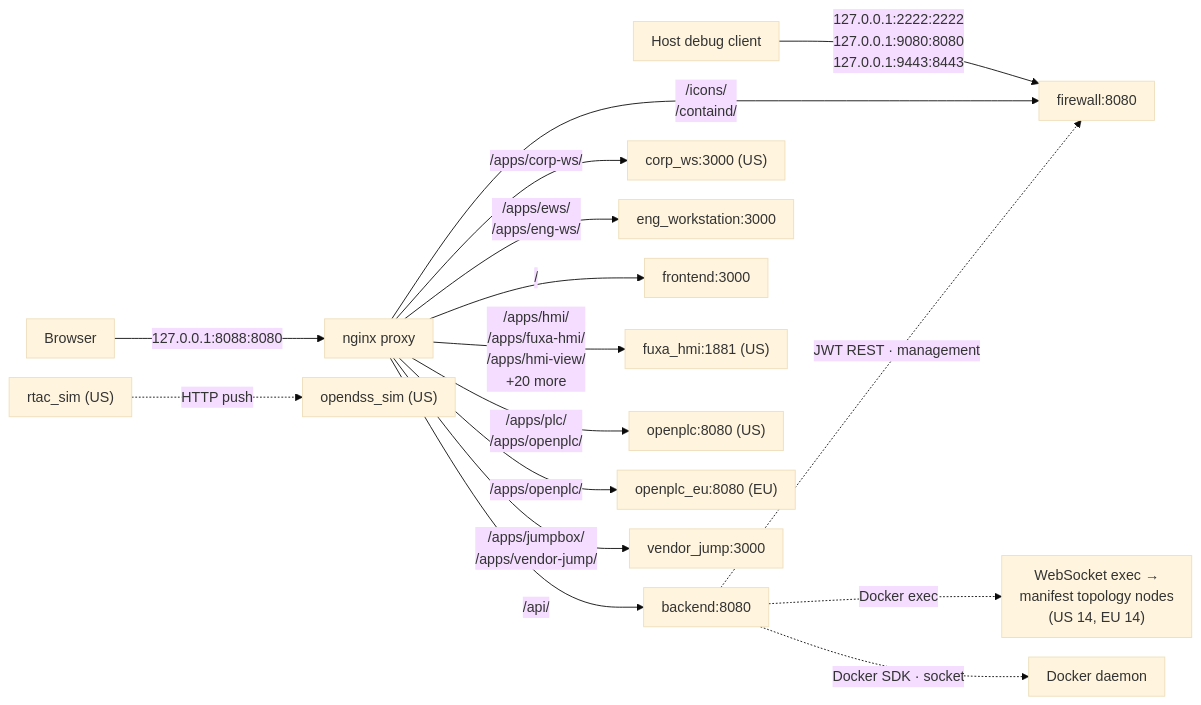
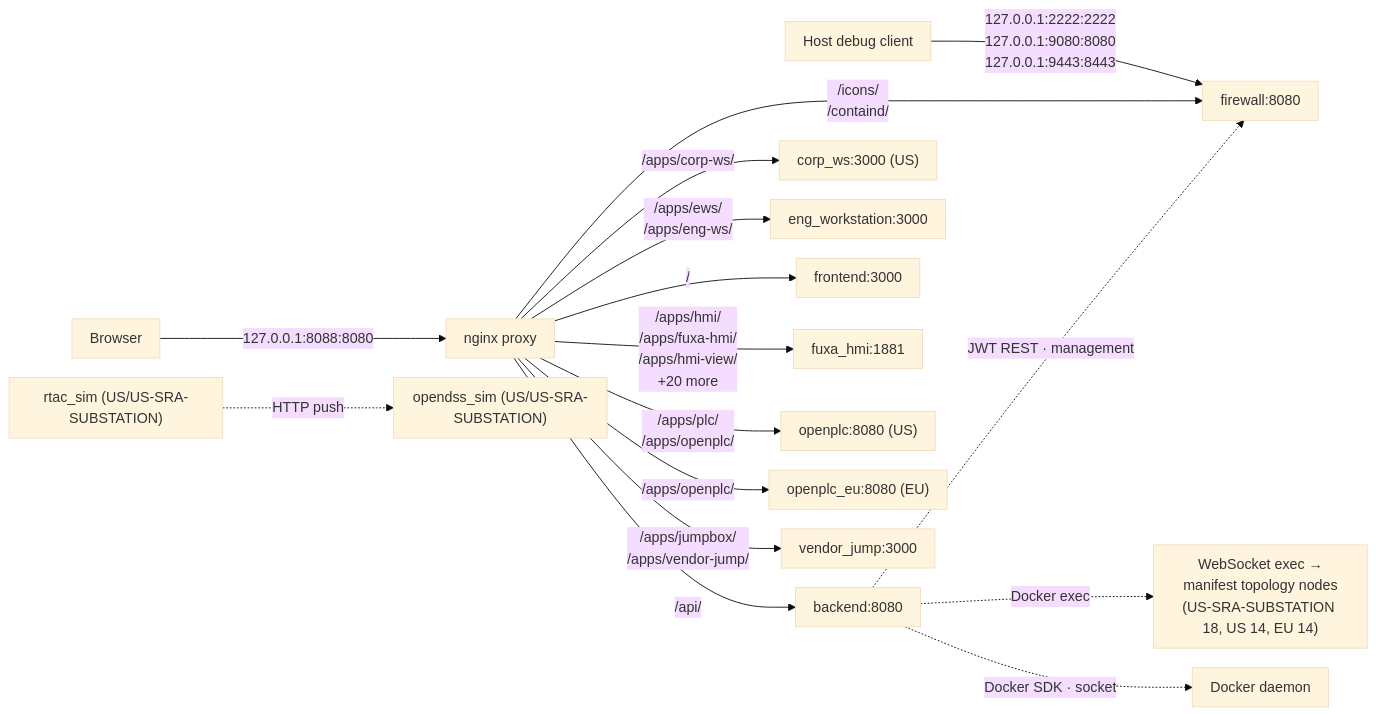
Before and after one commit to tonylturner/rangerdanger: the fifth of 5 diagrams in docs/architecture-diagram.md, drawn with Mermaid (base theme). The commit also changed 1 other file, not shown here.

Commit message:
chore(sra): run the shipped-package recipe test unconditionally; regenerate architecture

````diff
--- a/docs/architecture-diagram.md
+++ b/docs/architecture-diagram.md
@@ -447,39 +447,39 @@
 ```mermaid
 %%{init: {"flowchart": {"nodeSpacing": 22, "rankSpacing": 45, "padding": 10}}}%%
 flowchart LR
     n_request_browser_d6e04625c6["Browser"]
     n_request_proxy_d5396709ea["nginx proxy"]
     n_request_dockerd_cf96c2c4a4["Docker daemon"]
     n_request_debug_b17dc22a94["Host debug client"]
-    n_request_terminals_7613155371["WebSocket exec →<br/>manifest topology nodes<br/>(US 14, EU 14)"]
+    n_request_terminals_7613155371["WebSocket exec →<br/>manifest topology nodes<br/>(US-SRA-SUBSTATION 18, US 14, EU 14)"]
     n_request_browser_d6e04625c6 -->|"127.0.0.1:8088:8080"| n_request_proxy_d5396709ea
     n_request_debug_b17dc22a94 -->|"127.0.0.1:2222:2222<br/>127.0.0.1:9080:8080<br/>127.0.0.1:9443:8443"| n_request_firewall_22a261f7f5
     n_request_backend_876df1baf6["backend:8080"]
     n_request_proxy_d5396709ea -->|"/api/"| n_request_backend_876df1baf6
     n_request_corp_ws_de8b781e99["corp_ws:3000 (US)"]
     n_request_proxy_d5396709ea -->|"/apps/corp-ws/"| n_request_corp_ws_de8b781e99
     n_request_eng_workstation_af1ba81aff["eng_workstation:3000"]
     n_request_proxy_d5396709ea -->|"/apps/ews/<br/>/apps/eng-ws/"| n_request_eng_workstation_af1ba81aff
     n_request_firewall_22a261f7f5["firewall:8080"]
     n_request_proxy_d5396709ea -->|"/icons/<br/>/containd/"| n_request_firewall_22a261f7f5
     n_request_frontend_9cb0e3cb45["frontend:3000"]
     n_request_proxy_d5396709ea -->|"/"| n_request_frontend_9cb0e3cb45
-    n_request_fuxa_hmi_7e1bbc1a2d["fuxa_hmi:1881 (US)"]
+    n_request_fuxa_hmi_7e1bbc1a2d["fuxa_hmi:1881"]
     n_request_proxy_d5396709ea -->|"/apps/hmi/<br/>/apps/fuxa-hmi/<br/>/apps/hmi-view/<br/>+20 more"| n_request_fuxa_hmi_7e1bbc1a2d
     n_request_openplc_ba916b5bd4["openplc:8080 (US)"]
     n_request_proxy_d5396709ea -->|"/apps/plc/<br/>/apps/openplc/"| n_request_openplc_ba916b5bd4
     n_request_openplc_eu_d0ec29f0a0["openplc_eu:8080 (EU)"]
     n_request_proxy_d5396709ea -->|"/apps/openplc/"| n_request_openplc_eu_d0ec29f0a0
     n_request_vendor_jump_e9d5e77d53["vendor_jump:3000"]
     n_request_proxy_d5396709ea -->|"/apps/jumpbox/<br/>/apps/vendor-jump/"| n_request_vendor_jump_e9d5e77d53
     %% source: backend/internal/orchestrator/orchestrator.go:New
     n_request_backend_876df1baf6 -.->|"Docker SDK · socket"| n_request_dockerd_cf96c2c4a4
     %% source: backend/internal/containd/client.go:send
     n_request_backend_876df1baf6 -.->|"JWT REST · management"| n_request_firewall_22a261f7f5
     %% source: backend/internal/server/terminal.go:connectTerminal
     n_request_backend_876df1baf6 -.->|"Docker exec"| n_request_terminals_7613155371
-    n_request_rtac_sim_97d59c80a1["rtac_sim (US)"]
-    n_request_opendss_sim_81c6f46d2f["opendss_sim (US)"]
+    n_request_rtac_sim_97d59c80a1["rtac_sim (US/US-SRA-SUBSTATION)"]
+    n_request_opendss_sim_81c6f46d2f["opendss_sim (US/US-SRA-SUBSTATION)"]
     %% source: services/rtac-sim/main.go:132
     n_request_rtac_sim_97d59c80a1 -.->|"HTTP push"| n_request_opendss_sim_81c6f46d2f
 ```
````
